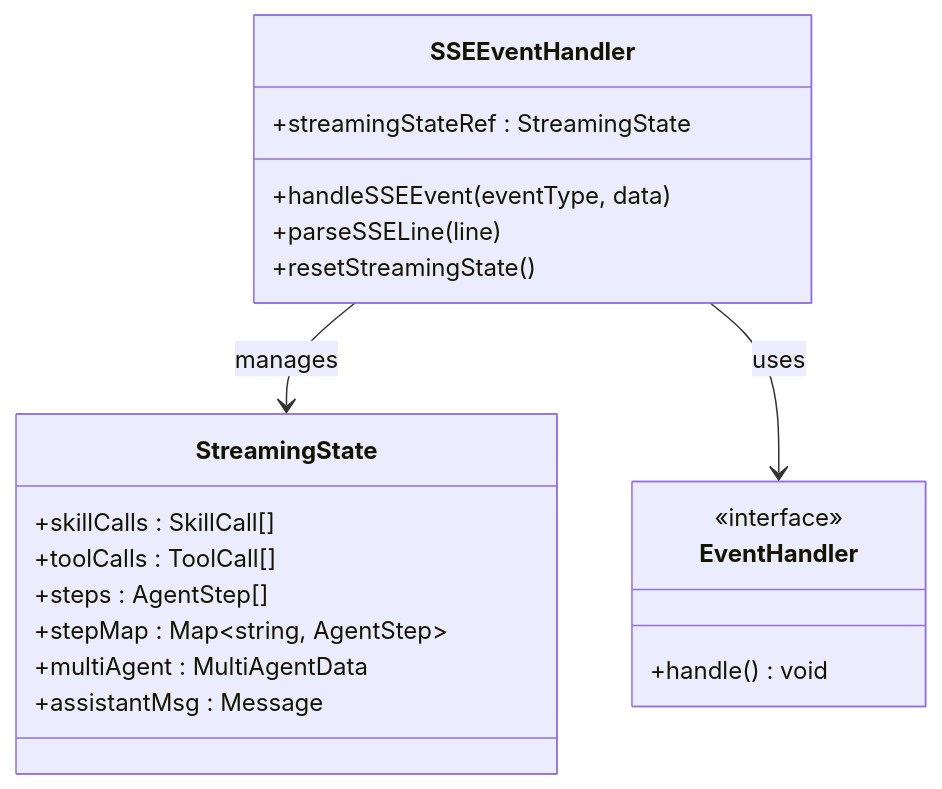
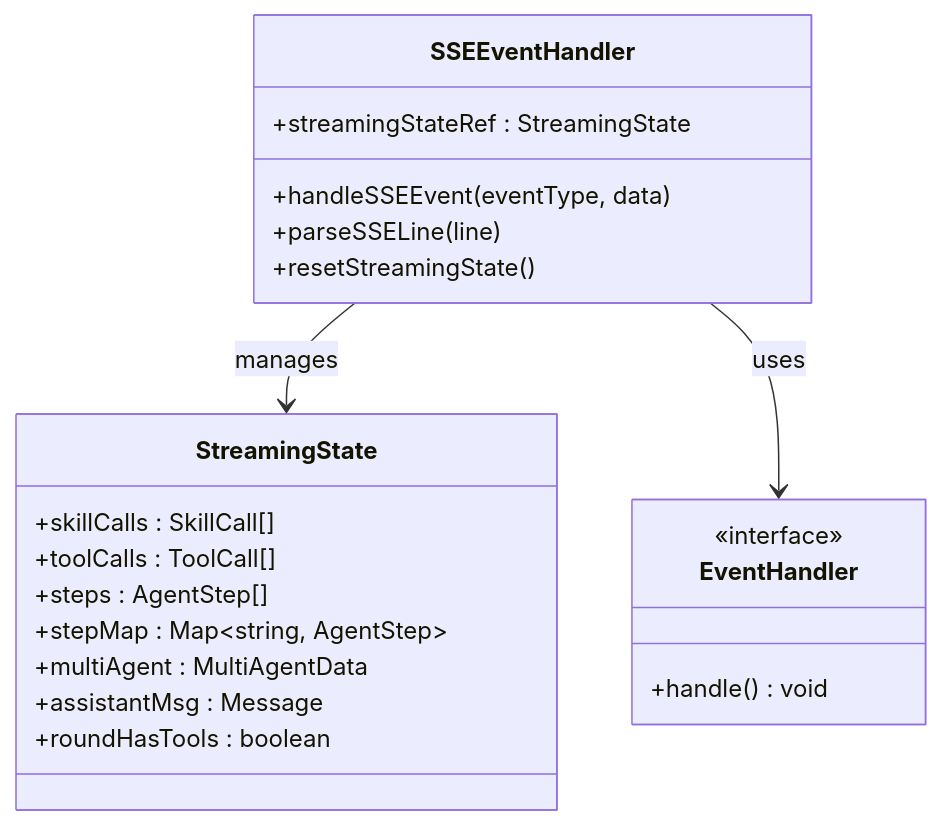
Before and after one commit to KunLabAI/KunFlix: diagram 14 of 16 in .qoder/repowiki/zh/content/前端开发指南/AI助手面板增强.md, drawn with Mermaid. The commit also changed other lines of this file and 12 other files, not shown here.

````diff
--- a/.qoder/repowiki/zh/content/前端开发指南/AI助手面板增强.md
+++ b/.qoder/repowiki/zh/content/前端开发指南/AI助手面板增强.md
@@ -497,23 +626,24 @@
 ```mermaid
 classDiagram
 class SSEEventHandler {
 +streamingStateRef : StreamingState
 +handleSSEEvent(eventType, data)
 +parseSSELine(line)
 +resetStreamingState()
 }
 class StreamingState {
 +skillCalls : SkillCall[]
 +toolCalls : ToolCall[]
 +steps : AgentStep[]
 +stepMap : Map~string, AgentStep~
 +multiAgent : MultiAgentData
 +assistantMsg : Message
++roundHasTools : boolean
 }
 class EventHandler {
 <<interface>>
 +handle() void
 }
 SSEEventHandler --> StreamingState : manages
 SSEEventHandler --> EventHandler : uses
 ```
````
